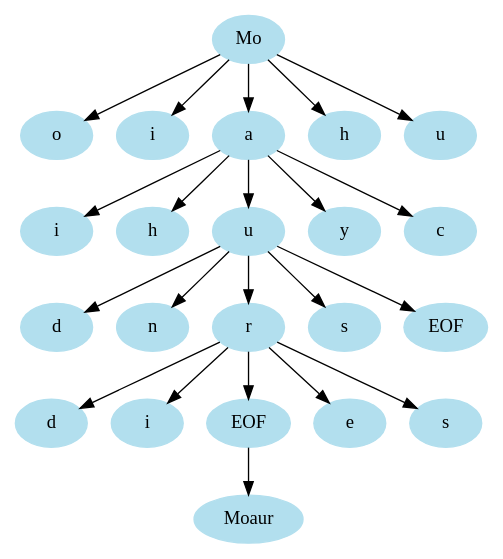
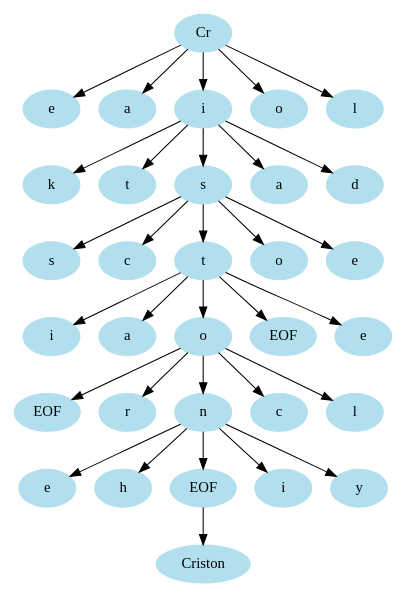
One commit to De-sperado/charRnn changed the diagram in unix.gv. Above: the diagram before and after it, drawn with Graphviz. The commit also changed 10 other files, not shown here.

```diff
--- a/unix.gv
+++ b/unix.gv
@@ -1,47 +1,67 @@
 digraph unix {
 	node [color=lightblue2 style=filled]
 	size="6,6"
-	Mo
-	10 [label=o]
-	Mo -> 10
-	11 [label=i]
-	Mo -> 11
-	12 [label=a]
-	Mo -> 12
-	13 [label=h]
-	Mo -> 13
-	14 [label=u]
-	Mo -> 14
-	20 [label=i]
+	Cr
+	10 [label=e]
+	Cr -> 10
+	11 [label=a]
+	Cr -> 11
+	12 [label=i]
+	Cr -> 12
+	13 [label=o]
+	Cr -> 13
+	14 [label=l]
+	Cr -> 14
+	20 [label=k]
 	12 -> 20
-	21 [label=h]
+	21 [label=t]
 	12 -> 21
-	22 [label=u]
+	22 [label=s]
 	12 -> 22
-	23 [label=y]
+	23 [label=a]
 	12 -> 23
-	24 [label=c]
+	24 [label=d]
 	12 -> 24
-	30 [label=d]
+	30 [label=s]
 	22 -> 30
-	31 [label=n]
+	31 [label=c]
 	22 -> 31
-	32 [label=r]
+	32 [label=t]
 	22 -> 32
-	33 [label=s]
+	33 [label=o]
 	22 -> 33
-	34 [label=EOF]
+	34 [label=e]
 	22 -> 34
-	40 [label=d]
+	40 [label=i]
 	32 -> 40
-	41 [label=i]
+	41 [label=a]
 	32 -> 41
-	42 [label=EOF]
+	42 [label=o]
 	32 -> 42
-	43 [label=e]
+	43 [label=EOF]
 	32 -> 43
-	44 [label=s]
+	44 [label=e]
 	32 -> 44
-	Moaur
-	42 -> Moaur
+	50 [label=EOF]
+	42 -> 50
+	51 [label=r]
+	42 -> 51
+	52 [label=n]
+	42 -> 52
+	53 [label=c]
+	42 -> 53
+	54 [label=l]
+	42 -> 54
+	60 [label=e]
+	52 -> 60
+	61 [label=h]
+	52 -> 61
+	62 [label=EOF]
+	52 -> 62
+	63 [label=i]
+	52 -> 63
+	64 [label=y]
+	52 -> 64
+	Criston
+	62 -> Criston
 }
```
